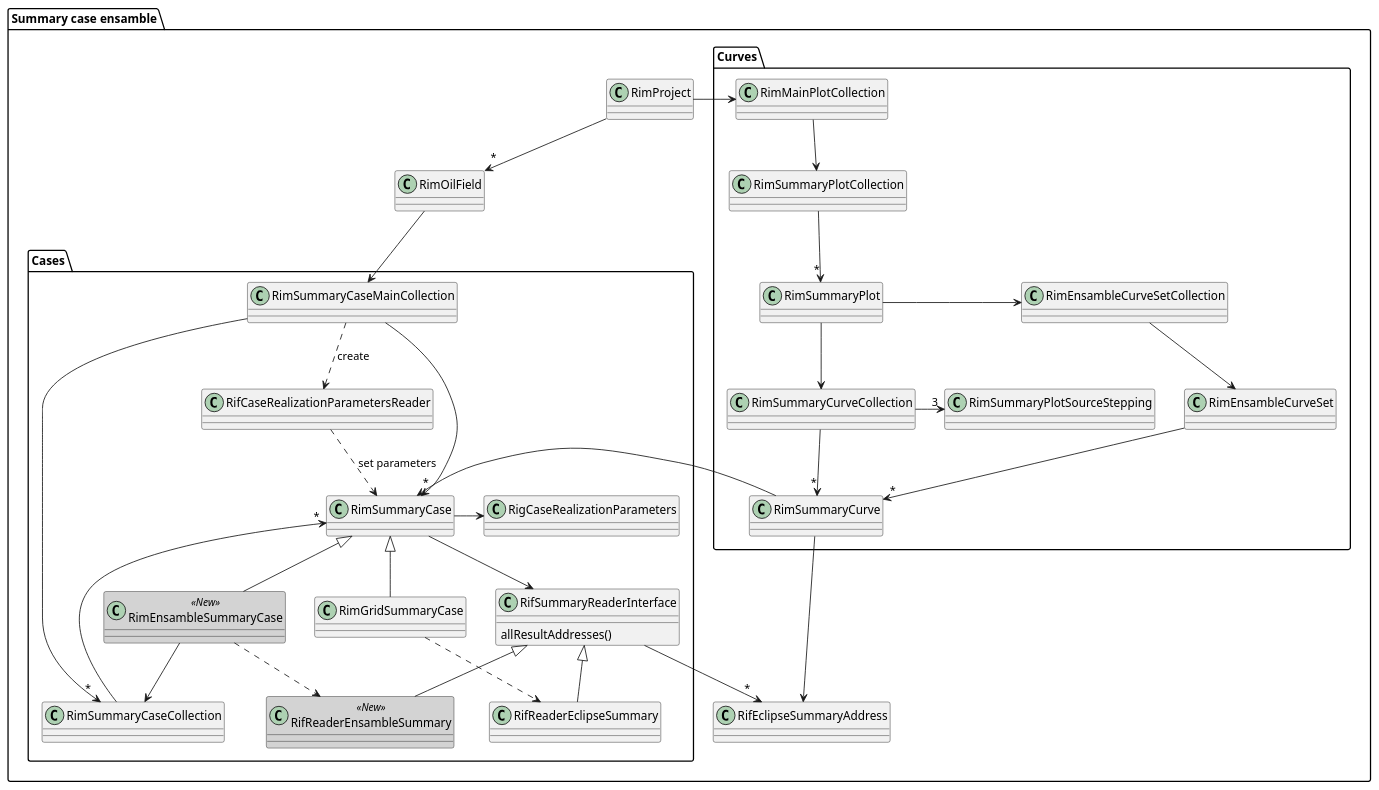
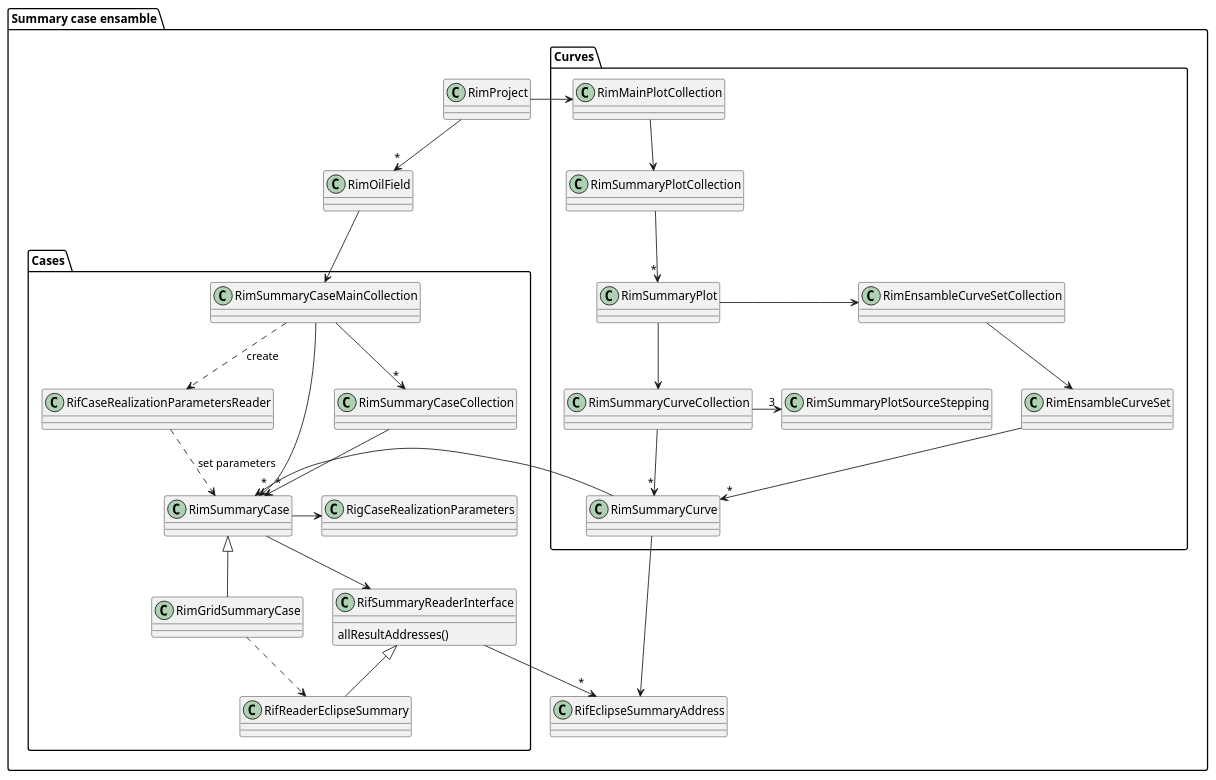
One commit to OPM/ResInsight changed the diagram in doc/case_collections.plantuml. Above: the diagram before and after it, drawn with PlantUML.

Commit message:
Doc. Remove proposed classes

```diff
--- a/doc/case_collections.plantuml
+++ b/doc/case_collections.plantuml
@@ -1,57 +1,50 @@
 @startuml
 
 package "Summary case ensamble" {
 
     skinparam class {
         BackgroundColor<<New>>  LightGray
     }
 
     package Cases {
         RimSummaryCaseMainCollection --> "*" RimSummaryCaseCollection
         RimSummaryCaseMainCollection --> "*" RimSummaryCase
         RimSummaryCaseCollection --> "*" RimSummaryCase
         
         RimSummaryCase -> RigCaseRealizationParameters
         
-        'RimSummaryCaseMainCollection ..> RifEnsambleParametersReader
         RimSummaryCaseMainCollection ..> RifCaseRealizationParametersReader : create
         RifCaseRealizationParametersReader ..> RimSummaryCase : set parameters
 
         class RifSummaryReaderInterface {
             allResultAddresses()
         }
-        class RimEnsambleSummaryCase << New >>
-        class RifReaderEnsambleSummary << New >>
         RimSummaryCase <|-- RimGridSummaryCase
-        RimSummaryCase <|-- RimEnsambleSummaryCase
         RimSummaryCase --> RifSummaryReaderInterface
         RifSummaryReaderInterface <|-- RifReaderEclipseSummary
-        RifSummaryReaderInterface <|-- RifReaderEnsambleSummary
-        RimEnsambleSummaryCase ..> RifReaderEnsambleSummary
-        RimEnsambleSummaryCase --> RimSummaryCaseCollection
         RimGridSummaryCase ..> RifReaderEclipseSummary
     }
     
     package Curves {
         RimMainPlotCollection --> RimSummaryPlotCollection
         RimSummaryPlotCollection --> "*" RimSummaryPlot
         
         RimSummaryPlot --> RimSummaryCurveCollection
         RimSummaryPlot -> RimEnsambleCurveSetCollection
         RimSummaryCurveCollection --> "*" RimSummaryCurve
         RimSummaryCurveCollection -> "3" RimSummaryPlotSourceStepping
         RimEnsambleCurveSetCollection --> RimEnsambleCurveSet
         RimEnsambleCurveSet --> "*" RimSummaryCurve
     }
 
     RimProject -> RimMainPlotCollection
     RimProject --> "*" RimOilField
     RimOilField --> RimSummaryCaseMainCollection
 
     RimSummaryCurve -> RimSummaryCase
     RimSummaryCurve --> RifEclipseSummaryAddress
 
     RifSummaryReaderInterface --> "*" RifEclipseSummaryAddress
 }
 
 @enduml
```
